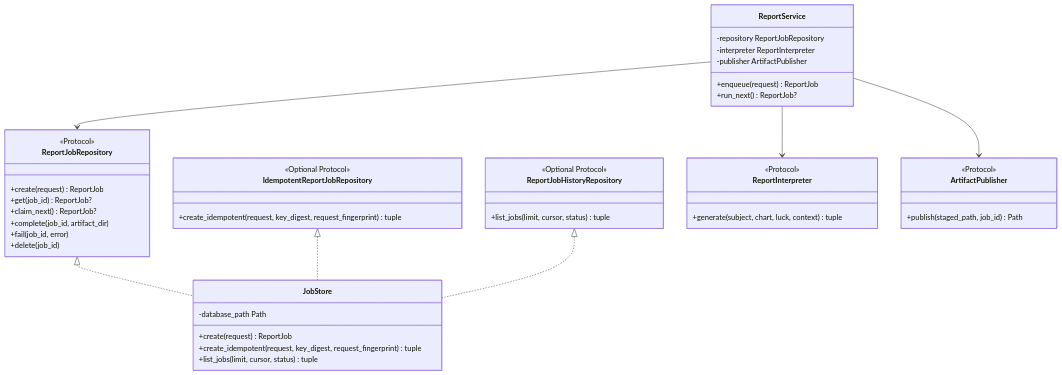
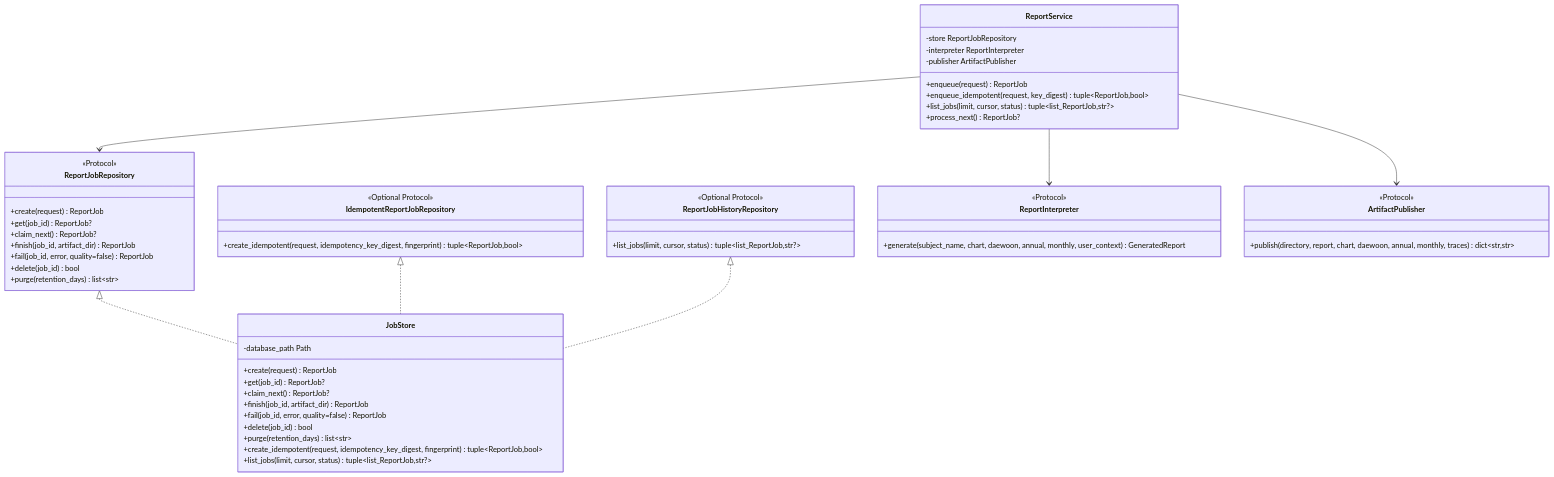
One commit to ContextualWisdomLab/four-pillars changed the first of 5 diagrams in docs/uml/governance-and-data.md. Above: the diagram before and after it, drawn with Mermaid. The commit also changed other lines of this file, not shown here.

Commit message:
docs: synchronize UML with application ports

````diff
--- a/docs/uml/governance-and-data.md
+++ b/docs/uml/governance-and-data.md
@@ -7,54 +7,63 @@
 ```mermaid
 classDiagram
     class ReportJobRepository {
       <<Protocol>>
       +create(request) ReportJob
       +get(job_id) ReportJob?
       +claim_next() ReportJob?
-      +complete(job_id, artifact_dir)
-      +fail(job_id, error)
-      +delete(job_id)
+      +finish(job_id, artifact_dir) ReportJob
+      +fail(job_id, error, quality=false) ReportJob
+      +delete(job_id) bool
+      +purge(retention_days) list~str~
     }
 
     class IdempotentReportJobRepository {
       <<Optional Protocol>>
-      +create_idempotent(request, key_digest, request_fingerprint) tuple
+      +create_idempotent(request, idempotency_key_digest, fingerprint) tuple~ReportJob,bool~
     }
 
     class ReportJobHistoryRepository {
       <<Optional Protocol>>
-      +list_jobs(limit, cursor, status) tuple
+      +list_jobs(limit, cursor, status) tuple~list_ReportJob,str?~
     }
 
     class JobStore {
       -database_path Path
       +create(request) ReportJob
-      +create_idempotent(request, key_digest, request_fingerprint) tuple
-      +list_jobs(limit, cursor, status) tuple
+      +get(job_id) ReportJob?
+      +claim_next() ReportJob?
+      +finish(job_id, artifact_dir) ReportJob
+      +fail(job_id, error, quality=false) ReportJob
+      +delete(job_id) bool
+      +purge(retention_days) list~str~
+      +create_idempotent(request, idempotency_key_digest, fingerprint) tuple~ReportJob,bool~
+      +list_jobs(limit, cursor, status) tuple~list_ReportJob,str?~
     }
 
     class ReportInterpreter {
       <<Protocol>>
-      +generate(subject, chart, luck, context) tuple
+      +generate(subject_name, chart, daewoon, annual, monthly, user_context) GeneratedReport
     }
 
     class ArtifactPublisher {
       <<Protocol>>
-      +publish(staged_path, job_id) Path
+      +publish(directory, report, chart, daewoon, annual, monthly, traces) dict~str,str~
     }
 
     class ReportService {
-      -repository ReportJobRepository
+      -store ReportJobRepository
       -interpreter ReportInterpreter
       -publisher ArtifactPublisher
       +enqueue(request) ReportJob
-      +run_next() ReportJob?
+      +enqueue_idempotent(request, key_digest) tuple~ReportJob,bool~
+      +list_jobs(limit, cursor, status) tuple~list_ReportJob,str?~
+      +process_next() ReportJob?
     }
 
     ReportJobRepository <|.. JobStore
     IdempotentReportJobRepository <|.. JobStore
     ReportJobHistoryRepository <|.. JobStore
     ReportService --> ReportJobRepository
     ReportService --> ReportInterpreter
     ReportService --> ArtifactPublisher
 ```
````
